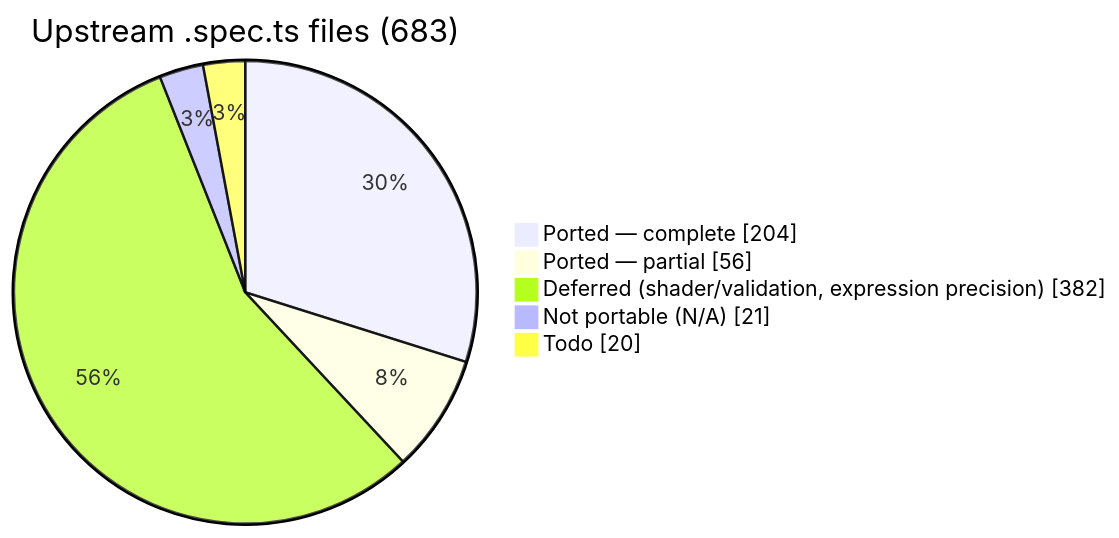
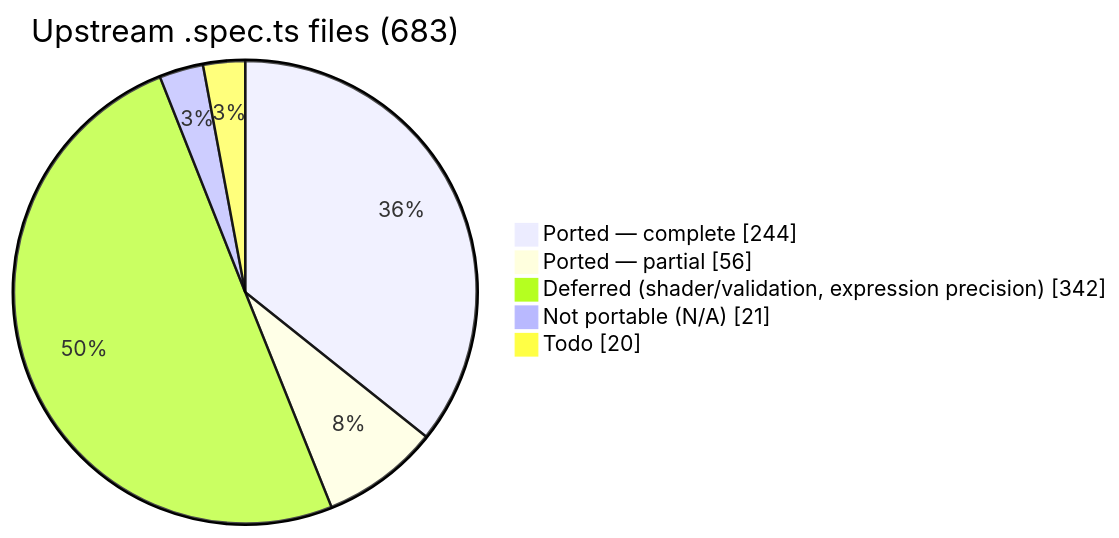
Before and after one commit to infosia/webgpu-native-cts: the first of 2 diagrams in README.md, drawn with Mermaid. The commit also changed other lines of this file and 1 other file, not shown here.

````diff
--- a/README.md
+++ b/README.md
@@ -103,9 +108,9 @@
 ```mermaid
 pie showData
     title Upstream .spec.ts files (683)
-    "Ported — complete" : 204
+    "Ported — complete" : 244
     "Ported — partial" : 56
-    "Deferred (shader/validation, expression precision)" : 382
+    "Deferred (shader/validation, expression precision)" : 342
     "Not portable (N/A)" : 21
     "Todo" : 20
 ```
````
